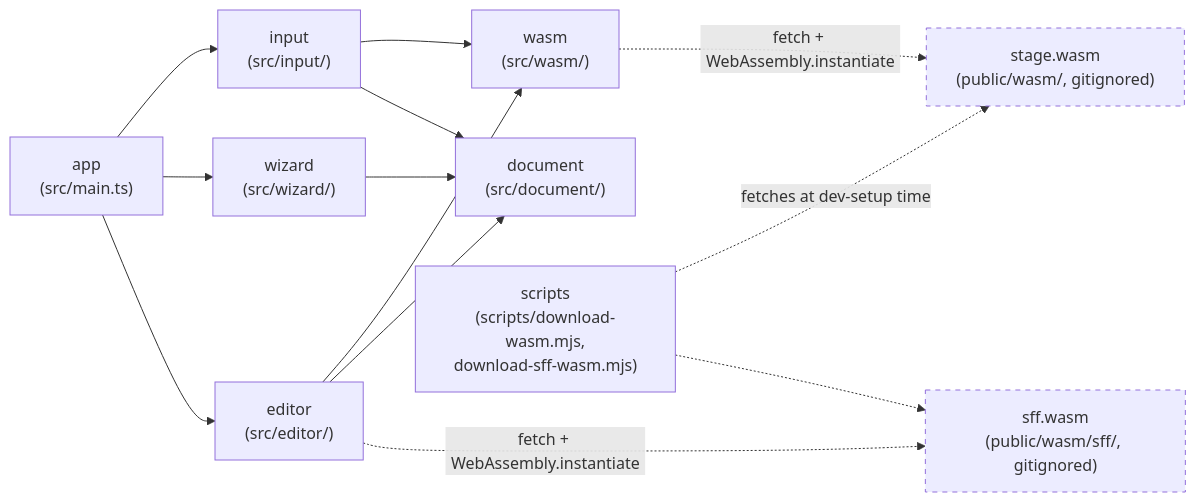
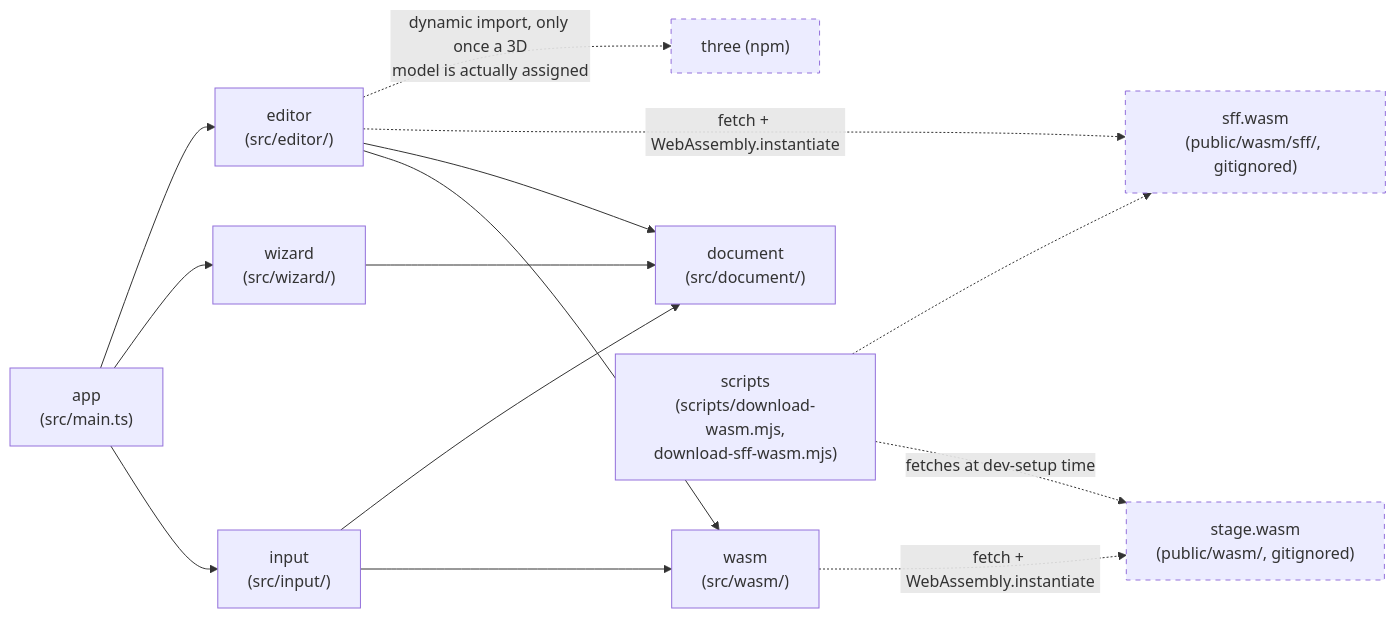
The diagram in docs/architecture.md (openkakutou/stage-editor), drawn with Mermaid before and after one commit. The commit also changed other lines of this file and 20 other files, not shown here.

````diff
--- a/docs/architecture.md
+++ b/docs/architecture.md
@@ -15,18 +15,20 @@
 ```mermaid
 flowchart LR
     app["app\n(src/main.ts)"] --> input["input\n(src/input/)"]
     app --> wizard["wizard\n(src/wizard/)"]
     app --> editor["editor\n(src/editor/)"]
     input --> wasm["wasm\n(src/wasm/)"]
     input --> document["document\n(src/document/)"]
     wizard --> document
     editor --> wasm
     editor --> document
     wasm -.->|fetch + WebAssembly.instantiate| module["stage.wasm\n(public/wasm/, gitignored)"]
     editor -.->|fetch + WebAssembly.instantiate| sffModule["sff.wasm\n(public/wasm/sff/, gitignored)"]
+    editor -.->|dynamic import, only once a 3D\nmodel is actually assigned| three["three (npm)"]
     scripts["scripts\n(scripts/download-wasm.mjs,\ndownload-sff-wasm.mjs)"] -.->|fetches at dev-setup time| module
     scripts -.-> sffModule
 
     style module stroke-dasharray: 5 5
     style sffModule stroke-dasharray: 5 5
+    style three stroke-dasharray: 5 5
 ```
````
